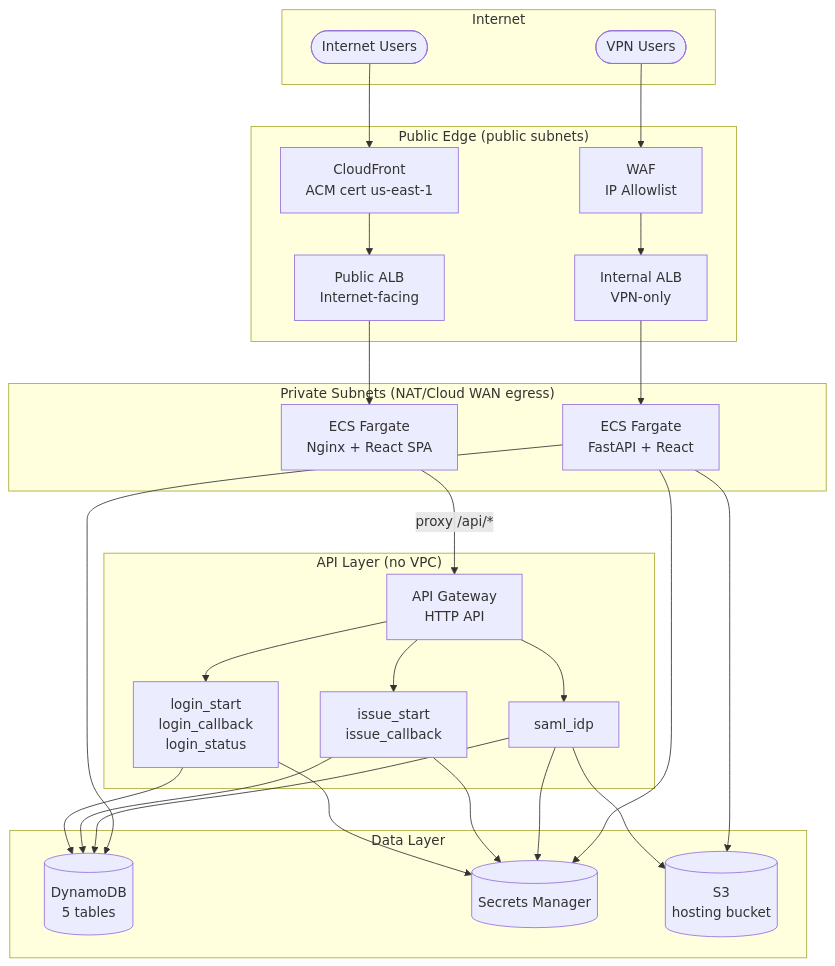
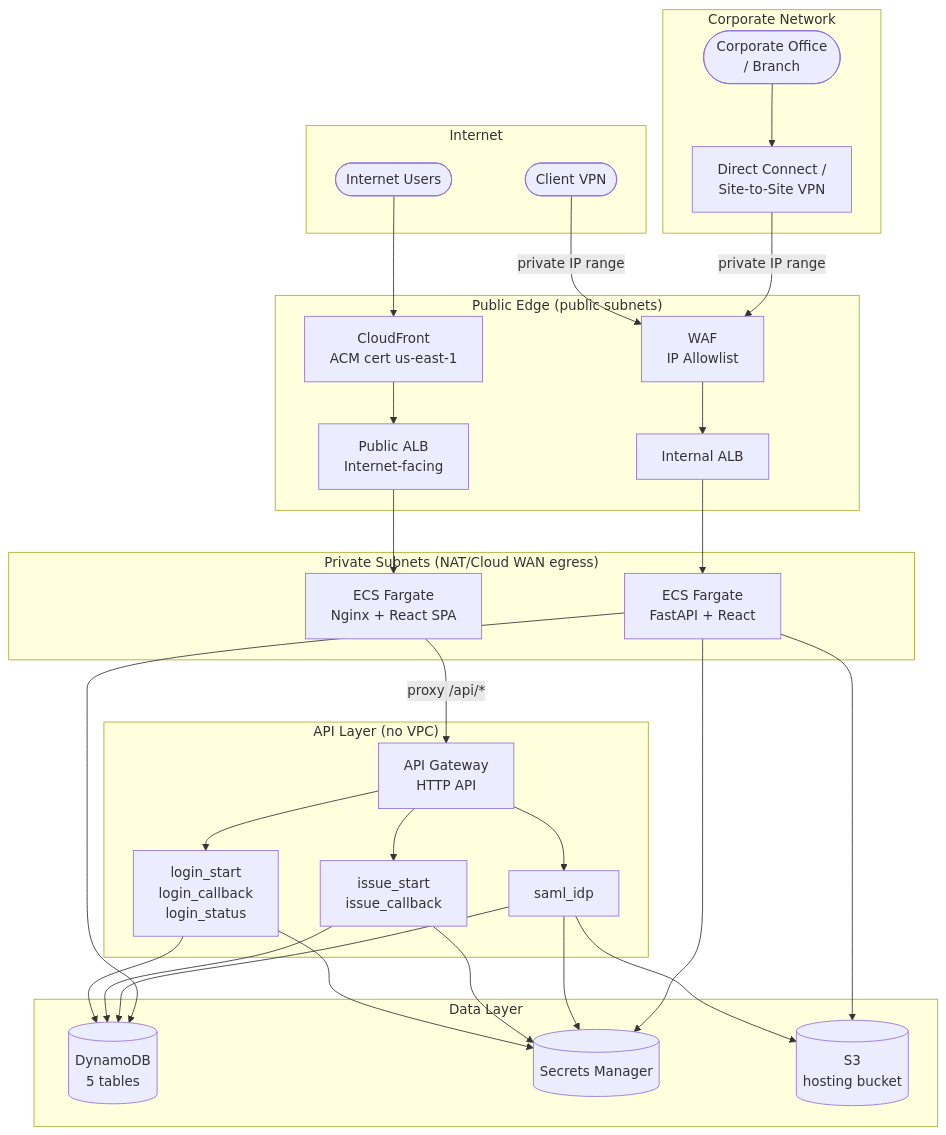
The first of 5 diagrams in README.md (bengroeneveldsg/entra-verified-id), drawn with Mermaid before and after one commit.

Commit message:
docs: show corporate network admin access paths in architecture diagram
Add Direct Connect and Site-to-Site VPN as explicit admin access paths
alongside Client VPN. Both corporate and remote users reach the internal
ALB via private IP ranges enforced by the WAF IP allowlist.

````diff
--- a/README.md
+++ b/README.md
@@ -78,41 +78,48 @@
 ```mermaid
 flowchart TD
     subgraph Internet["Internet"]
         U([Internet Users])
-        VPN([VPN Users])
+        CVPN([Client VPN])
+    end
+
+    subgraph CorpNet["Corporate Network"]
+        CORP([Corporate Office\n/ Branch])
+        DX[Direct Connect /\nSite-to-Site VPN]
     end
 
     subgraph PublicEdge["Public Edge (public subnets)"]
         CF[CloudFront\nACM cert us-east-1]
         PALB[Public ALB\nInternet-facing]
         WAF[WAF\nIP Allowlist]
-        AALB[Internal ALB\nVPN-only]
+        AALB[Internal ALB]
     end
 
     subgraph Private["Private Subnets (NAT/Cloud WAN egress)"]
         FG[ECS Fargate\nNginx + React SPA]
         ADM[ECS Fargate\nFastAPI + React]
     end
 
     subgraph API["API Layer (no VPC)"]
         APIGW[API Gateway\nHTTP API]
         L1[login_start\nlogin_callback\nlogin_status]
         L2[issue_start\nissue_callback]
         L3[saml_idp]
     end
 
     subgraph Data["Data Layer"]
         DDB[(DynamoDB\n5 tables)]
         SM[(Secrets Manager)]
         S3[(S3\nhosting bucket)]
     end
 
     U --> CF --> PALB --> FG
     FG -- "proxy /api/*" --> APIGW
     APIGW --> L1 & L2 & L3
     L1 & L2 & L3 --> DDB & SM
     L3 --> S3
 
-    VPN --> WAF --> AALB --> ADM
+    CVPN -- "private IP range" --> WAF
+    CORP --> DX -- "private IP range" --> WAF
+    WAF --> AALB --> ADM
     ADM --> DDB & SM & S3
 ```
````
